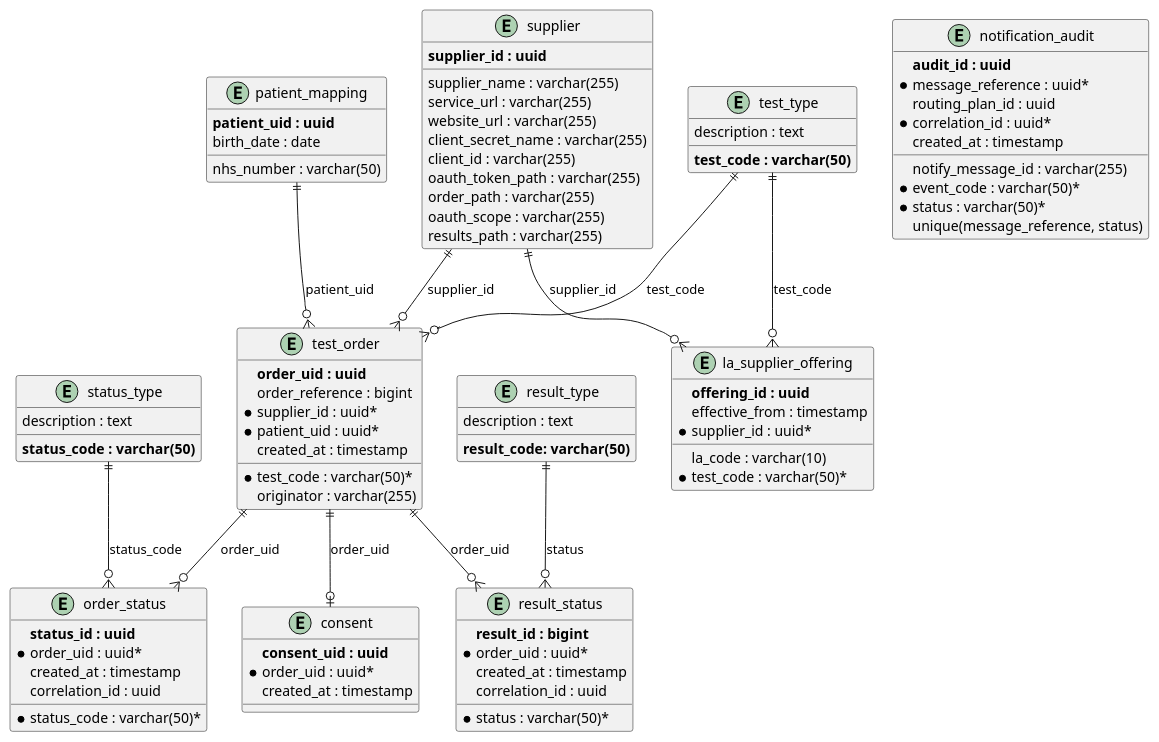
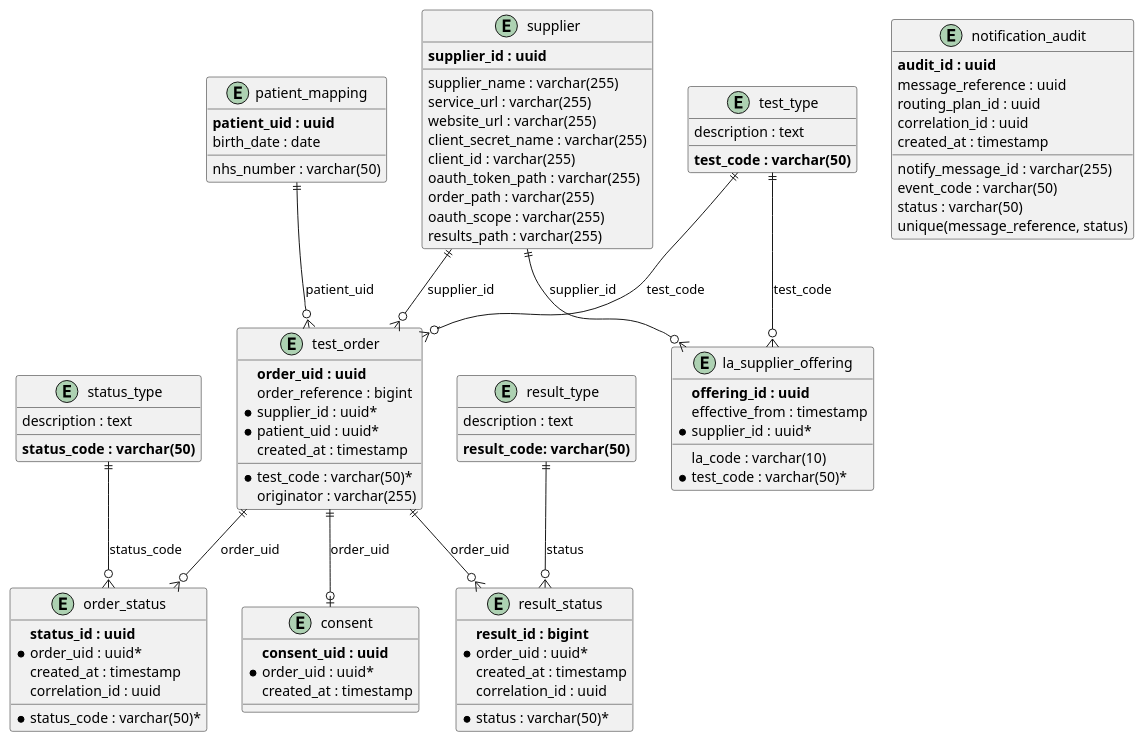
The diagram in database/schema_diagram.puml (NHSDigital/hometest-service), drawn with PlantUML before and after one commit.

```diff
--- a/database/schema_diagram.puml
+++ b/database/schema_diagram.puml
@@ -1,103 +1,103 @@
 @startuml
 entity "patient_mapping" as patient {
   **patient_uid : uuid**
   nhs_number : varchar(50)
   birth_date : date
 }
 
 entity "test_type" as test {
   **test_code : varchar(50)**
   description : text
 }
 
 entity "supplier" as supplier {
   **supplier_id : uuid**
   supplier_name : varchar(255)
   service_url : varchar(255)
   website_url : varchar(255)
   client_secret_name : varchar(255)
   client_id : varchar(255)
   oauth_token_path : varchar(255)
   order_path : varchar(255)
   oauth_scope : varchar(255)
   results_path : varchar(255)
 }
 
 entity "la_supplier_offering" as offering {
   **offering_id : uuid**
   la_code : varchar(10)
   effective_from : timestamp
   *supplier_id : uuid*
   *test_code : varchar(50)*
 }
 
 entity "test_order" as orders {
   **order_uid : uuid**
   order_reference : bigint
   *supplier_id : uuid*
   *patient_uid : uuid*
   *test_code : varchar(50)*
   originator : varchar(255)
   created_at : timestamp
 }
 
 entity "status_type" as status_type {
   **status_code : varchar(50)**
   description : text
 }
 
 entity "order_status" as order_status {
   **status_id : uuid**
   *order_uid : uuid*
   *status_code : varchar(50)*
   created_at : timestamp
   correlation_id : uuid
 }
 
 entity "result_type" as result_type {
   **result_code: varchar(50)**
   description : text
 }
 
 entity "result_status" as result_status {
   **result_id : bigint**
   *order_uid : uuid*
   *status : varchar(50)*
   created_at : timestamp
   correlation_id : uuid
 }
 
 entity "consent" as consent {
   **consent_uid : uuid**
   *order_uid : uuid*
   created_at : timestamp
 }
 
 entity "notification_audit" as notification_audit {
   **audit_id : uuid**
-  *message_reference : uuid*
+  message_reference : uuid
   notify_message_id : varchar(255)
-  *event_code : varchar(50)*
+  event_code : varchar(50)
   routing_plan_id : uuid
-  *correlation_id : uuid*
-  *status : varchar(50)*
+  correlation_id : uuid
+  status : varchar(50)
   created_at : timestamp
   unique(message_reference, status)
 }
 
 ' Relationships
 patient ||--o{ orders : "patient_uid"
 supplier ||--o{ orders : "supplier_id"
 test ||--o{ orders : "test_code"
 
 supplier ||--o{ offering : "supplier_id"
 test ||--o{ offering : "test_code"
 
 orders ||--o{ order_status : "order_uid"
 orders ||--o{ result_status : "order_uid"
 orders ||--o| consent : "order_uid"
 
 status_type ||--o{ order_status : "status_code"
 result_type ||--o{ result_status : "status"
 
 @enduml
```
